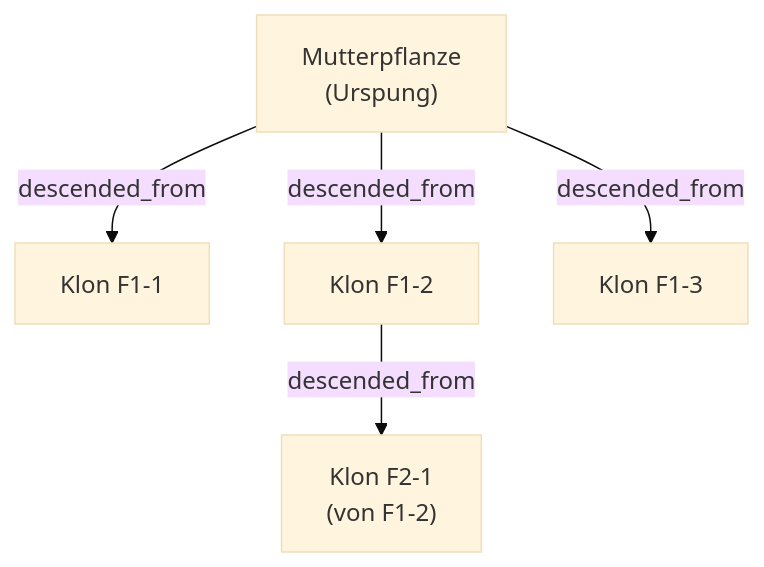
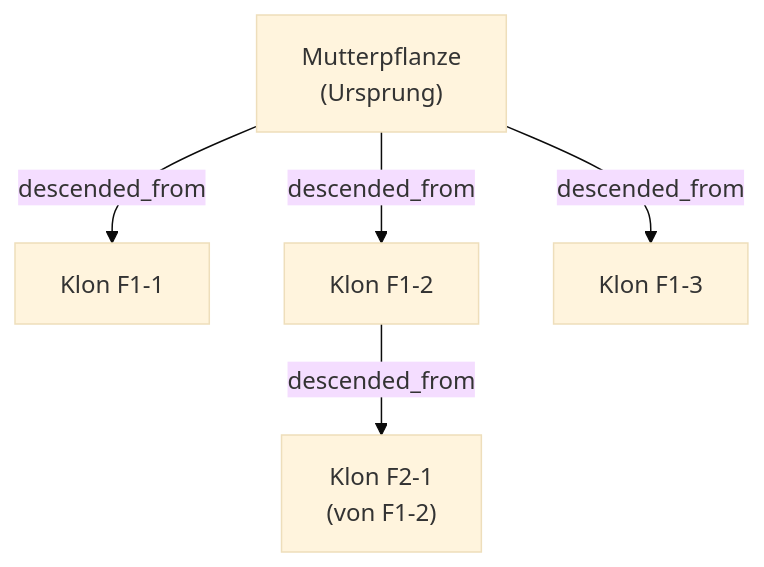
One commit to nolte/kamerplanter changed the second of 2 diagrams in docs/de/user-guide/propagation.md. Above: the diagram before and after it, drawn with Mermaid (base theme). The commit also changed other lines of this file and 77 other files, not shown here.

````diff
--- a/docs/de/user-guide/propagation.md
+++ b/docs/de/user-guide/propagation.md
@@ -128,12 +128,12 @@
 ```mermaid
 graph TB
-    M["Mutterpflanze\n(Urspung)"]
+    M["Mutterpflanze\n(Ursprung)"]
     K1["Klon F1-1"]
     K2["Klon F1-2"]
     K3["Klon F1-3"]
     K2_1["Klon F2-1\n(von F1-2)"]
     M -->|descended_from| K1
     M -->|descended_from| K2
     M -->|descended_from| K3
     K2 -->|descended_from| K2_1
 ```
````
